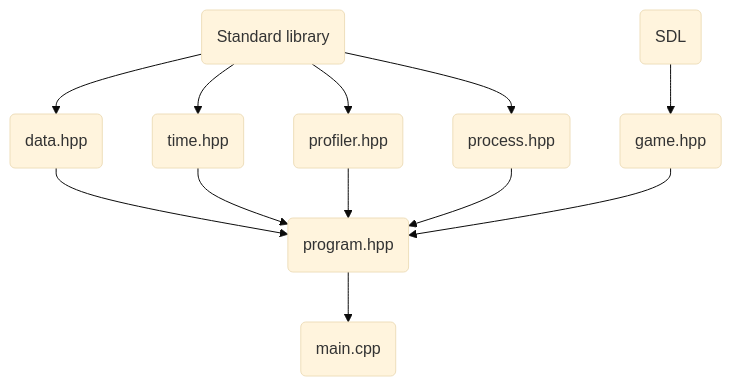
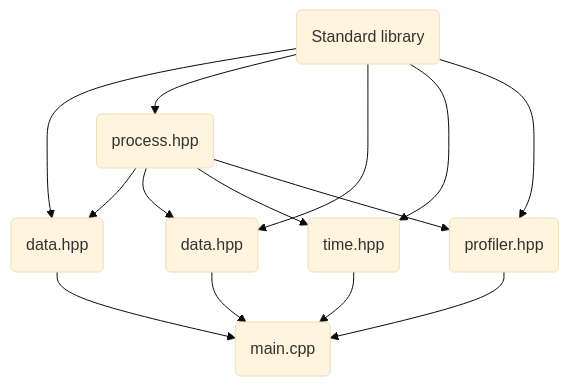
Before and after one commit to sibjor/ParkourRunner: the diagram in README.md, drawn with Mermaid (base theme). The commit also changed 8 other files, not shown here.

````diff
--- a/README.md
+++ b/README.md
@@ -11,9 +11,14 @@
 ```mermaid
 flowchart TD
-    A(Standard library) --> B(data.hpp) --> I(program.hpp) --> J(main.cpp)
-    A --> C(time.hpp) --> I
-    A --> D(profiler.hpp) --> I
-    A --> E(process.hpp) --> I
-    F(SDL) --> G(game.hpp) --> I
+    A(Standard library) --> B(data.hpp) --> G(main.cpp)
+    A --> C(process.hpp)
+    A --> D(data.hpp) --> G
+    A --> E(time.hpp) --> G
+    A --> F(profiler.hpp) --> G
+    C --> B
+    C --> D
+    C --> E
+    C --> F
+    
     
 ```
````
